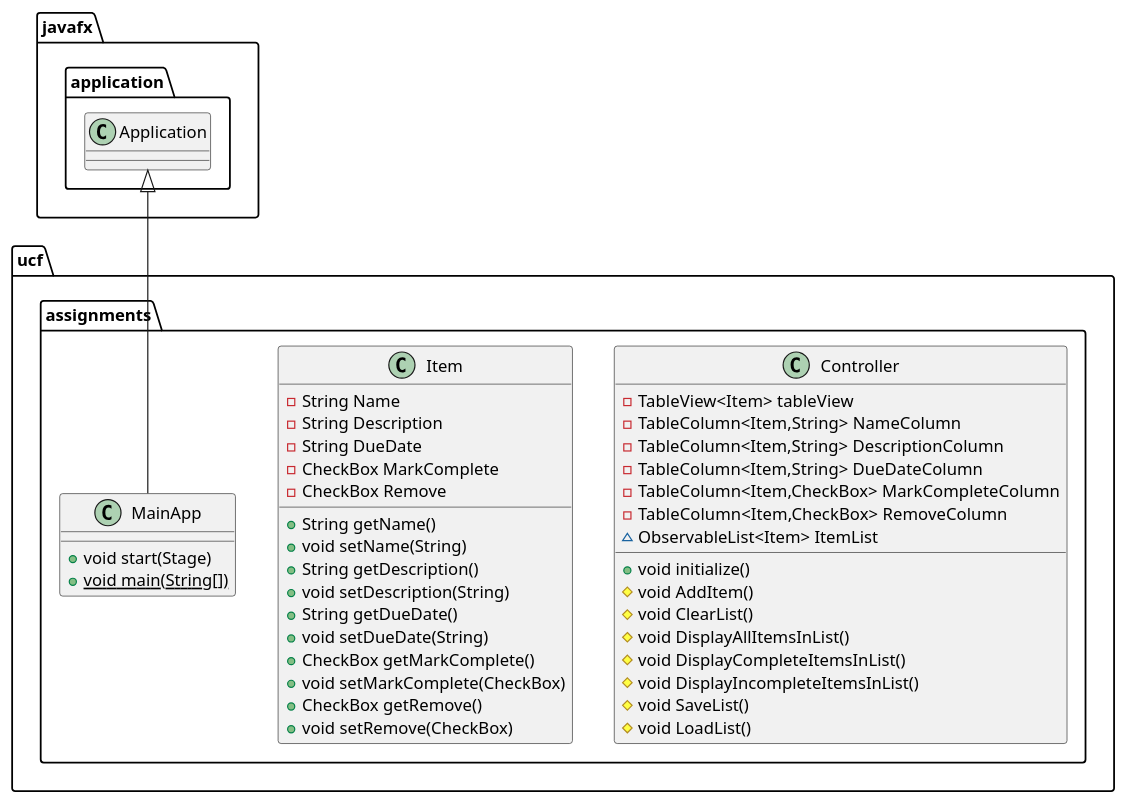
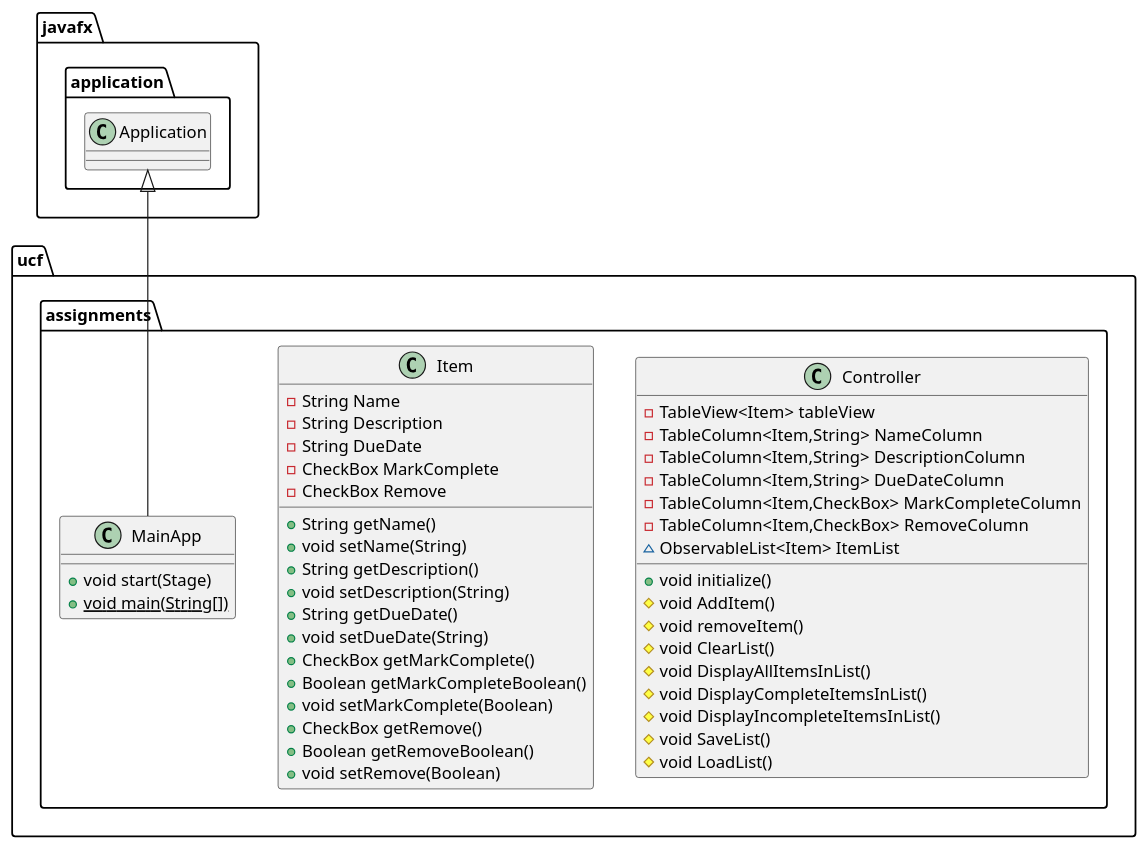
Before and after one commit to MohTaher108/Taher-COP3330-Assignment4Part2: the diagram in uml/MainApp.puml, drawn with PlantUML. The commit also changed 5 other files, not shown here.

```diff
--- a/uml/MainApp.puml
+++ b/uml/MainApp.puml
@@ -1,43 +1,46 @@
 @startuml
 class ucf.assignments.Controller {
 - TableView<Item> tableView
 - TableColumn<Item,String> NameColumn
 - TableColumn<Item,String> DescriptionColumn
 - TableColumn<Item,String> DueDateColumn
 - TableColumn<Item,CheckBox> MarkCompleteColumn
 - TableColumn<Item,CheckBox> RemoveColumn
 ~ ObservableList<Item> ItemList
 + void initialize()
 # void AddItem()
+# void removeItem()
 # void ClearList()
 # void DisplayAllItemsInList()
 # void DisplayCompleteItemsInList()
 # void DisplayIncompleteItemsInList()
 # void SaveList()
 # void LoadList()
 }
 class ucf.assignments.Item {
 - String Name
 - String Description
 - String DueDate
 - CheckBox MarkComplete
 - CheckBox Remove
 + String getName()
 + void setName(String)
 + String getDescription()
 + void setDescription(String)
 + String getDueDate()
 + void setDueDate(String)
 + CheckBox getMarkComplete()
-+ void setMarkComplete(CheckBox)
++ Boolean getMarkCompleteBoolean()
++ void setMarkComplete(Boolean)
 + CheckBox getRemove()
-+ void setRemove(CheckBox)
++ Boolean getRemoveBoolean()
++ void setRemove(Boolean)
 }
 class ucf.assignments.MainApp {
 + void start(Stage)
 + {static} void main(String[])
 }
 
 
 javafx.application.Application <|-- ucf.assignments.MainApp
 @enduml
```
